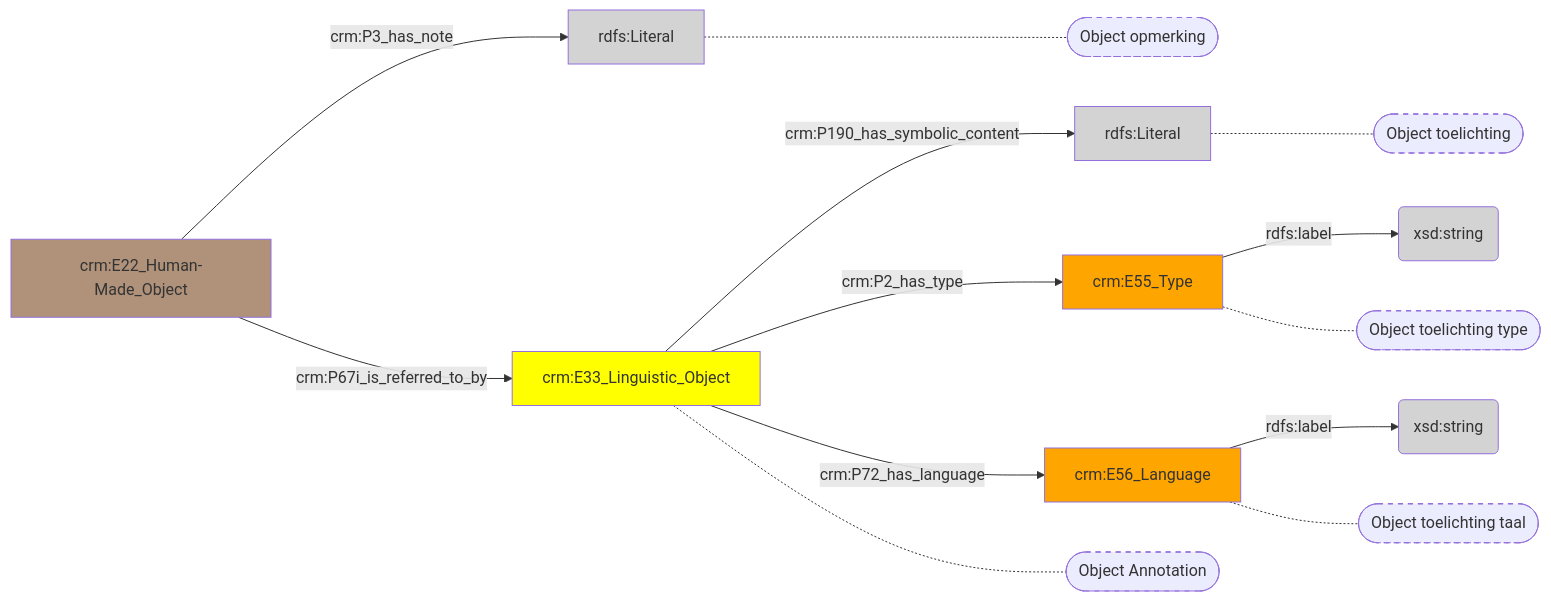
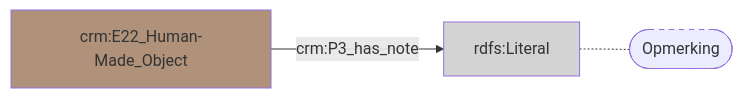
One commit to digipolisantwerpdocumentation/antwerp-cultureel-erfgoed changed the diagram in docs/content/modellen/MuseologicalObject/Aantekeningen.md. Above: the diagram before and after it, drawn with Mermaid. The commit also changed 170 other files, not shown here.

````diff
--- a/docs/content/modellen/MuseologicalObject/Aantekeningen.md
+++ b/docs/content/modellen/MuseologicalObject/Aantekeningen.md
@@ -1,28 +1,8 @@
 ```mermaid
 graph LR
-5989fdd8-ee3b-11ed-9655-00163e71351b["crm:E33_Linguistic_Object"]-->|"crm:P190_has_symbolic_content"|598a0382-ee3b-11ed-9655-00163e71351b(rdfs:Literal)
-598a0170-ee3b-11ed-9655-00163e71351b["crm:E55_Type"]-->|"rdfs:label"|598a054e-ee3b-11ed-9655-00163e71351b(xsd:string)
-598a0292-ee3b-11ed-9655-00163e71351b["crm:E56_Language"]-->|"rdfs:label"|598a0468-ee3b-11ed-9655-00163e71351b(xsd:string)
+style 2ea30ceb-c4d6-11ee-950c-960002548b4f fill:#D3D3D3
+style fa95cea2-dd27-11ed-9655-00163e71351b fill:#B0927A
 fa95cea2-dd27-11ed-9655-00163e71351b["crm:E22_Human-Made_Object"]-->|"crm:P3_has_note"|2ea30ceb-c4d6-11ee-950c-960002548b4f(rdfs:Literal)
-5989fdd8-ee3b-11ed-9655-00163e71351b["crm:E33_Linguistic_Object"]-->|"crm:P2_has_type"|598a0170-ee3b-11ed-9655-00163e71351b["crm:E55_Type"]
-5989fdd8-ee3b-11ed-9655-00163e71351b["crm:E33_Linguistic_Object"]-->|"crm:P72_has_language"|598a0292-ee3b-11ed-9655-00163e71351b["crm:E56_Language"]
-fa95cea2-dd27-11ed-9655-00163e71351b["crm:E22_Human-Made_Object"]-->|"crm:P67i_is_referred_to_by"|5989fdd8-ee3b-11ed-9655-00163e71351b["crm:E33_Linguistic_Object"]
-598a0382-ee3b-11ed-9655-00163e71351b["rdfs:Literal"]-.-598a0382-ee3b-11ed-9655-00163e71351b_s(["Object toelichting"])
-598a0170-ee3b-11ed-9655-00163e71351b["crm:E55_Type"]-.-598a0170-ee3b-11ed-9655-00163e71351b_s(["Object toelichting type"])
-598a0292-ee3b-11ed-9655-00163e71351b["crm:E56_Language"]-.-598a0292-ee3b-11ed-9655-00163e71351b_s(["Object toelichting taal"])
-2ea30ceb-c4d6-11ee-950c-960002548b4f["rdfs:Literal"]-.-2ea30ceb-c4d6-11ee-950c-960002548b4f_s(["Object opmerking"])
-5989fdd8-ee3b-11ed-9655-00163e71351b["crm:E33_Linguistic_Object"]-.-5989fdd8-ee3b-11ed-9655-00163e71351b_s(["Object Annotation"])
-style 598a0382-ee3b-11ed-9655-00163e71351b_s stroke-dasharray: 5
-style 598a0170-ee3b-11ed-9655-00163e71351b_s stroke-dasharray: 5
-style 598a0292-ee3b-11ed-9655-00163e71351b_s stroke-dasharray: 5
+2ea30ceb-c4d6-11ee-950c-960002548b4f["rdfs:Literal"]-.-2ea30ceb-c4d6-11ee-950c-960002548b4f_s(["Opmerking"])
 style 2ea30ceb-c4d6-11ee-950c-960002548b4f_s stroke-dasharray: 5
-style 5989fdd8-ee3b-11ed-9655-00163e71351b_s stroke-dasharray: 5
-style 2ea30ceb-c4d6-11ee-950c-960002548b4f fill:#D3D3D3
-style 5989fdd8-ee3b-11ed-9655-00163e71351b fill:#ffff00
-style 598a0170-ee3b-11ed-9655-00163e71351b fill:#ffa500
-style 598a0292-ee3b-11ed-9655-00163e71351b fill:#ffa500
-style 598a0382-ee3b-11ed-9655-00163e71351b fill:#D3D3D3
-style 598a0468-ee3b-11ed-9655-00163e71351b fill:#D3D3D3
-style 598a054e-ee3b-11ed-9655-00163e71351b fill:#D3D3D3
-style fa95cea2-dd27-11ed-9655-00163e71351b fill:#B0927A
 ```
````
